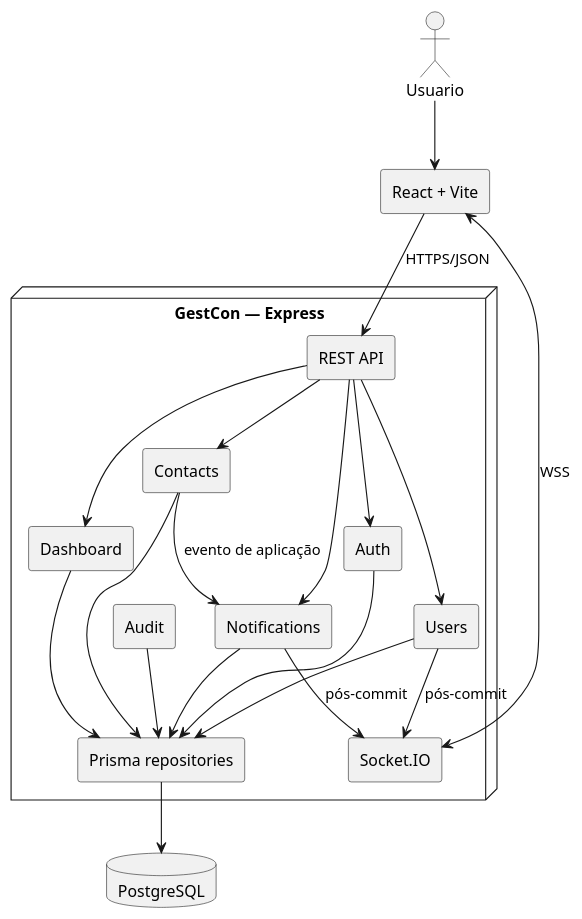
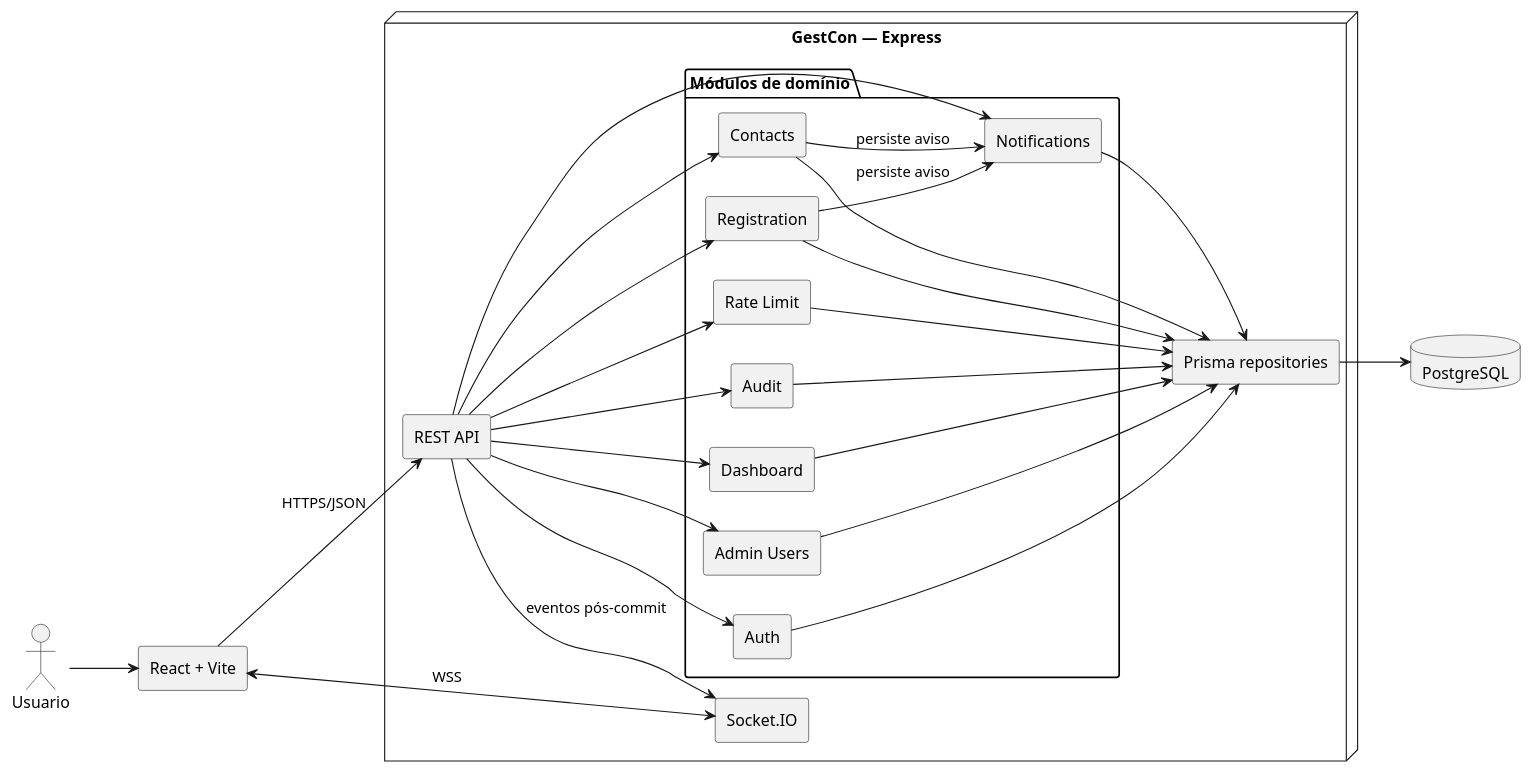
One commit to Gui-SBarbosa/Plataforma-Gestao-de-Contatos changed the diagram in docs/uml/components.puml. Above: the diagram before and after it, drawn with PlantUML. The commit also changed other lines of this file and 11 other files, not shown here.

Commit message:
docs(uml): align diagrams with deployed system

```diff
--- a/docs/uml/components.puml
+++ b/docs/uml/components.puml
@@ -1,36 +1,46 @@
 @startuml
 skinparam componentStyle rectangle
+left to right direction
 actor Usuario
 component "React + Vite" as Web
 node "GestCon — Express" {
   component "REST API" as API
   component "Socket.IO" as Socket
-  component "Auth" as Auth
-  component "Users" as Users
-  component "Contacts" as Contacts
-  component "Notifications" as Notifications
-  component "Dashboard" as Dashboard
-  component "Audit" as Audit
+  package "Módulos de domínio" {
+    component "Auth" as Auth
+    component "Registration" as Registration
+    component "Admin Users" as AdminUsers
+    component "Contacts" as Contacts
+    component "Notifications" as Notifications
+    component "Dashboard" as Dashboard
+    component "Audit" as Audit
+    component "Rate Limit" as RateLimit
+  }
   component "Prisma repositories" as Repos
 }
 database PostgreSQL
 
 Usuario --> Web
 Web --> API : HTTPS/JSON
 Web <--> Socket : WSS
 API --> Auth
-API --> Users
+API --> Registration
+API --> AdminUsers
 API --> Contacts
 API --> Notifications
 API --> Dashboard
+API --> Audit
+API --> RateLimit
 Auth --> Repos
-Users --> Repos
+Registration --> Repos
+AdminUsers --> Repos
 Contacts --> Repos
 Notifications --> Repos
 Dashboard --> Repos
 Audit --> Repos
-Contacts --> Notifications : evento de aplicação
-Users --> Socket : pós-commit
-Notifications --> Socket : pós-commit
+RateLimit --> Repos
+Registration --> Notifications : persiste aviso
+Contacts --> Notifications : persiste aviso
+API --> Socket : eventos pós-commit
 Repos --> PostgreSQL
 @enduml
```
